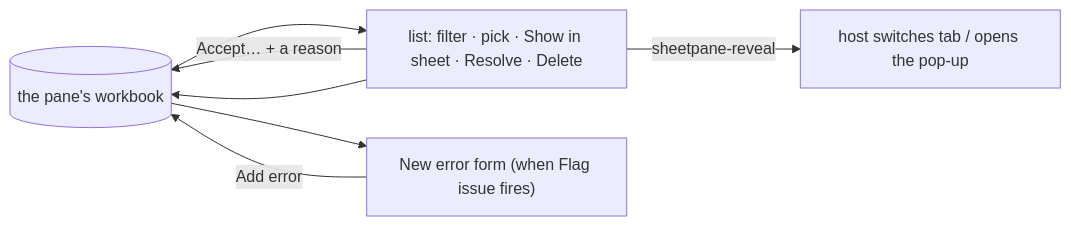
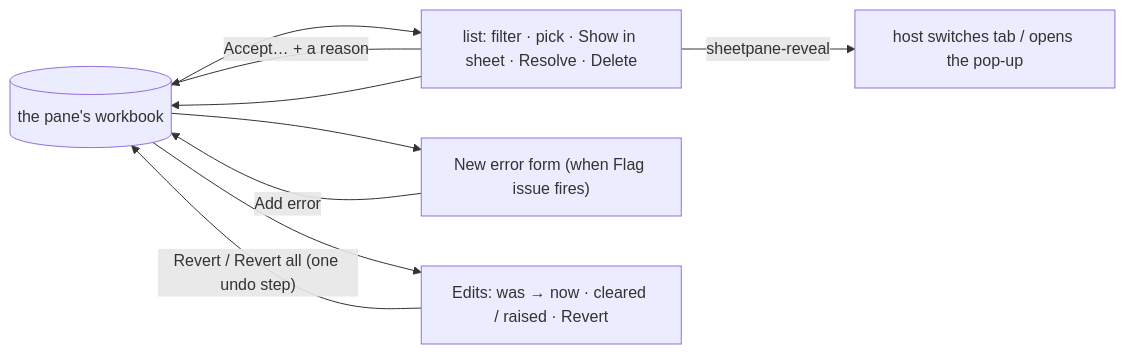
One commit to arpitarya/sheetpane changed the diagram in records/0106_ERRORS.md. Above: the diagram before and after it, drawn with Mermaid. The commit also changed other lines of this file and 19 other files, not shown here.

````diff
--- a/records/0106_ERRORS.md
+++ b/records/0106_ERRORS.md
@@ -34,9 +38,11 @@
 ```mermaid
 flowchart LR
     S[("the pane's workbook")] --> L["list: filter · pick · Show in sheet · Resolve · Delete"]
     S --> F["New error form (when Flag issue fires)"]
     L -->|"Accept… + a reason"| S
     L --> S
     F -->|Add error| S
     L -->|sheetpane-reveal| H["host switches tab / opens the pop-up"]
+    S --> E["Edits: was → now · cleared / raised · Revert"]
+    E -->|"Revert / Revert all (one undo step)"| S
 ```
````
